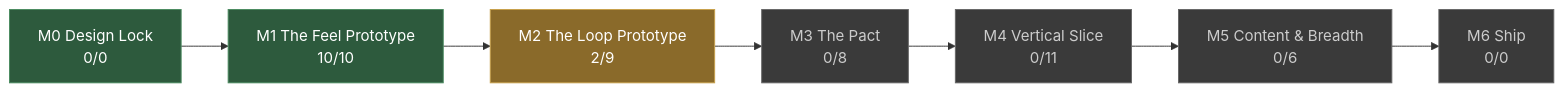
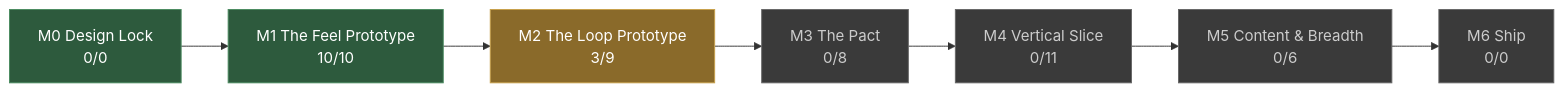
One commit to JoshuaGessner/she changed the diagram in docs/STATUS.md. Above: the diagram before and after it, drawn with Mermaid. The commit also changed other lines of this file and 26 other files, not shown here.

````diff
--- a/docs/STATUS.md
+++ b/docs/STATUS.md
@@ -13,19 +13,19 @@
 ```mermaid
 flowchart LR
   M0["M0 Design Lock<br/>0/0"]:::passed
   M1["M1 The Feel Prototype<br/>10/10"]:::passed
   M0 --> M1
-  M2["M2 The Loop Prototype<br/>2/9"]:::current
+  M2["M2 The Loop Prototype<br/>3/9"]:::current
   M1 --> M2
   M3["M3 The Pact<br/>0/8"]:::ahead
   M2 --> M3
   M4["M4 Vertical Slice<br/>0/11"]:::ahead
   M3 --> M4
   M5["M5 Content & Breadth<br/>0/6"]:::ahead
   M4 --> M5
   M6["M6 Ship<br/>0/0"]:::ahead
   M5 --> M6
   classDef passed fill:#2d5a3d,stroke:#4a8a5f,color:#fff
   classDef current fill:#8a6a2a,stroke:#c8a04a,color:#fff
   classDef ahead fill:#3a3a3a,stroke:#666,color:#ccc
 ```
````
